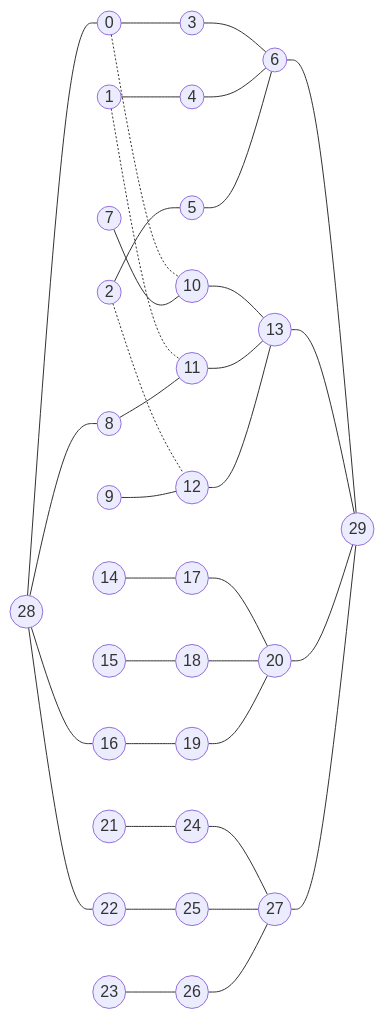
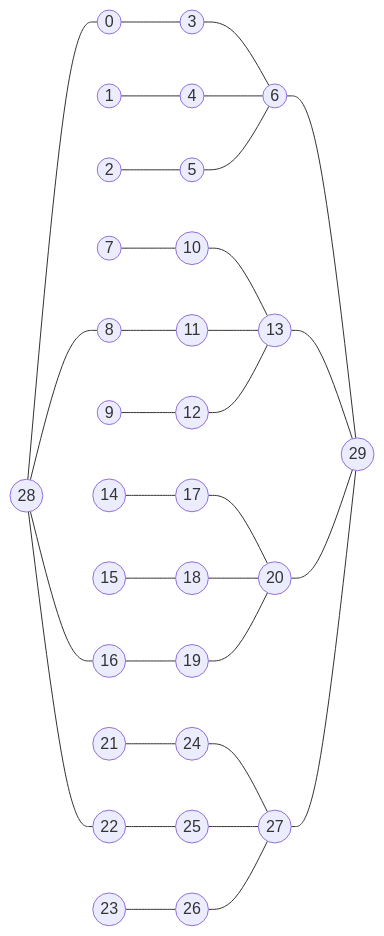
The fifth of 5 diagrams in sem2/AuW/UE/cx/bf/cx12-great-harvest.md (bfeitknecht/vault), drawn with Mermaid before and after one commit. The commit also changed 1 other file, not shown here.

Commit message:
backup: 2024-07-15T09:23:28+02:00 from MacBook Pro (echo)
Affected files:
.obsidian/vault-stats.json
sem2/AuW/UE/cx/bf/cx12-great-harvest.md

````diff
--- a/sem2/AuW/UE/cx/bf/cx12-great-harvest.md
+++ b/sem2/AuW/UE/cx/bf/cx12-great-harvest.md
@@ -227,68 +227,68 @@
 ```mermaid
 flowchart LR
 
 %%%%%%%%%%%%%%%%%%%%%%%%%%%%%%%%%%%%%%%%%%
 
 ids0v1((0))
 ids0v2((1))
 ids0v3((2))
 idt0v1((3))
 idt0v2((4))
 idt0v3((5))
 idc0((6))
 
 ids1v1((7))
 ids1v2((8))
 ids1v3((9))
 idt1v1((10))
 idt1v2((11))
 idt1v3((12))
 idc1((13))
 
 ids2v1((14))
 ids2v2((15))
 ids2v3((16))
 idt2v1((17))
 idt2v2((18))
 idt2v3((19))
 idc2((20))
 
 ids3v1((21))
 ids3v2((22))
 ids3v3((23))
 idt3v1((24))
 idt3v2((25))
 idt3v3((26))
 idc3((27))
 
 idS((28))
 idT((29))
 
 %%%%%%%%%%%%%%%%%%%%%%%%%%%%%%%%%%%%%%%%%%
 
 idS --- ids0v1 & ids1v2 & ids2v3 & ids3v2
 
 ids0v1 --- idt0v1 --- idc0
 ids0v2 --- idt0v2 --- idc0
 ids0v3 --- idt0v3 --- idc0
 
-ids0v1 -.- idt1v1
-ids0v2 -.- idt1v2
-ids0v3 -.- idt1v3
+%% ids0v1 -.- idt1v1
+%% ids0v2 -.- idt1v2
+%% ids0v3 -.- idt1v3
 
 ids1v1 --- idt1v1 --- idc1
 ids1v2 --- idt1v2 --- idc1
 ids1v3 --- idt1v3 --- idc1
 
 ids2v1 --- idt2v1 --- idc2
 ids2v2 --- idt2v2 --- idc2
 ids2v3 --- idt2v3 --- idc2
 
 ids3v1 --- idt3v1 --- idc3
 ids3v2 --- idt3v2 --- idc3
 ids3v3 --- idt3v3 --- idc3
 
 idc0 & idc1 & idc2 & idc3 --- idT
 
 %%%%%%%%%%%%%%%%%%%%%%%%%%%%%%%%%%%%%%%%%%
 ```
````
